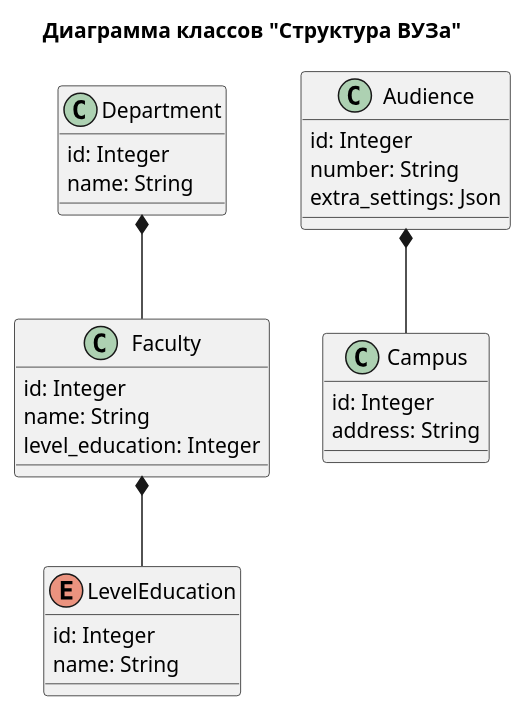
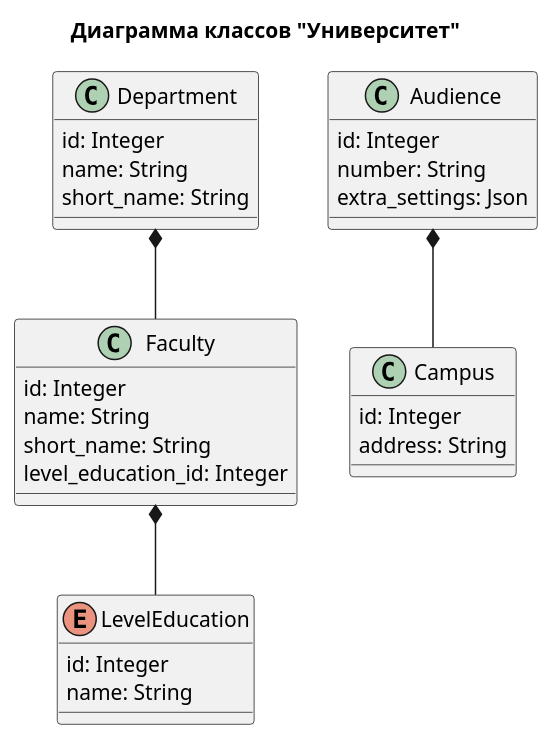
The diagram in diagrams/source/class/university.puml (kiselevvn/rsue_uml), drawn with PlantUML before and after one commit. The commit also changed 19 other files, not shown here.

```diff
--- a/diagrams/source/class/university.puml
+++ b/diagrams/source/class/university.puml
@@ -1,43 +1,45 @@
 @startuml university
 
-title "Диаграмма классов "Структура ВУЗа""
+title "Диаграмма классов "Университет""
+
 
 enum LevelEducation {
     ' Уровень образования
     id: Integer
     name: String
 }
 
 class Faculty {
     ' Факультет
     id: Integer
     name: String
-    level_education: Integer
+    short_name: String
+    level_education_id: Integer
 }
 
 class Department {
     ' Кафедра
     id: Integer
     name: String
-
+    short_name: String
 }
 
 class Campus {
     ' Корпус
     id: Integer
     address: String
 }
 
 class Audience {
     ' Аудитория
     id: Integer
     number: String
     extra_settings: Json
 }
 
 ' Объявление отношений подсистемы
 Audience *-- Campus
 Department *-- Faculty
 Faculty *-- LevelEducation
 
 @enduml
```
